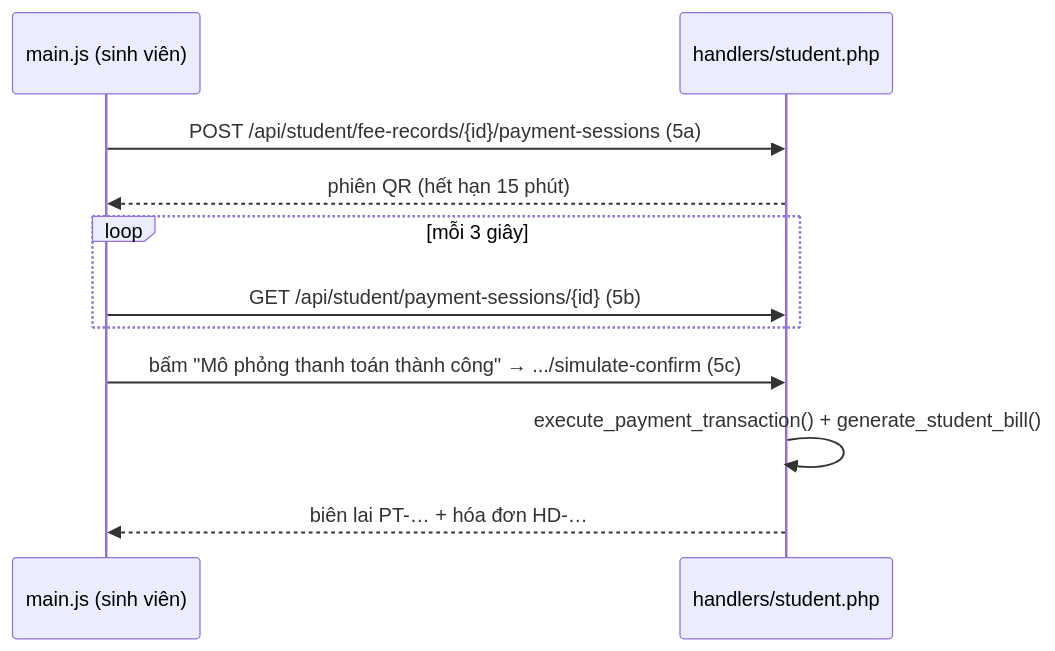
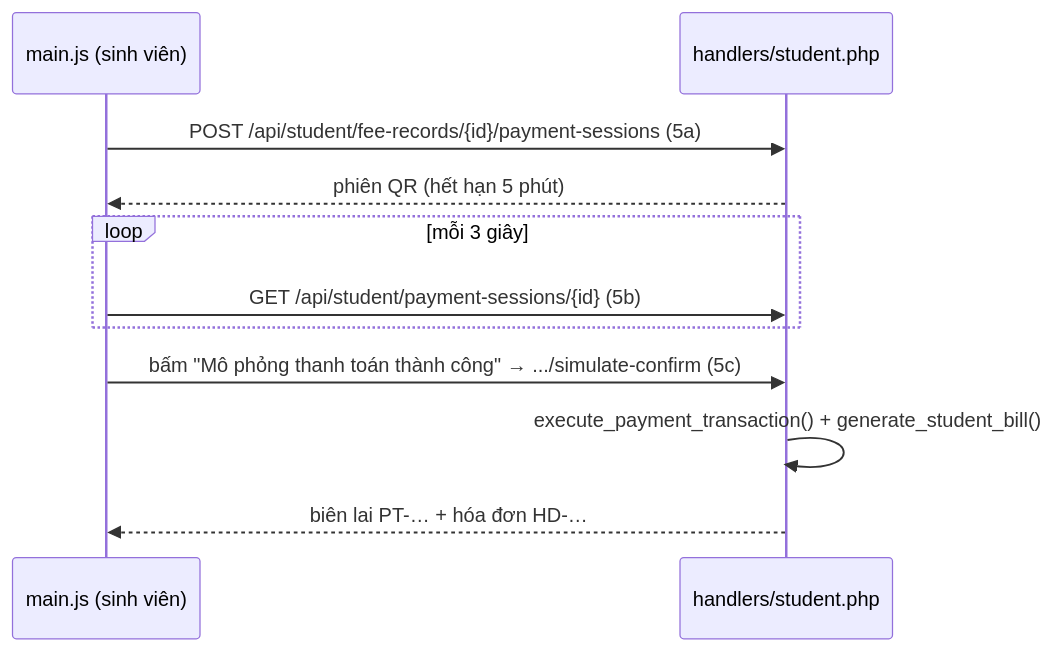
One commit to khang200907-arch/StudentFeeManagement changed the fourth of 4 diagrams in docs/HUONG_DAN_DOC_CODE.md. Above: the diagram before and after it, drawn with Mermaid. The commit also changed other lines of this file and 6 other files, not shown here.

````diff
--- a/docs/HUONG_DAN_DOC_CODE.md
+++ b/docs/HUONG_DAN_DOC_CODE.md
@@ -253,13 +253,13 @@
 ```mermaid
 sequenceDiagram
     participant SV as main.js (sinh viên)
     participant API as handlers/student.php
     SV->>API: POST /api/student/fee-records/{id}/payment-sessions (5a)
-    API-->>SV: phiên QR (hết hạn 15 phút)
+    API-->>SV: phiên QR (hết hạn 5 phút)
     loop mỗi 3 giây
         SV->>API: GET /api/student/payment-sessions/{id} (5b)
     end
     SV->>API: bấm "Mô phỏng thanh toán thành công" → .../simulate-confirm (5c)
     API->>API: execute_payment_transaction() + generate_student_bill()
     API-->>SV: biên lai PT-… + hóa đơn HD-…
 ```
````
